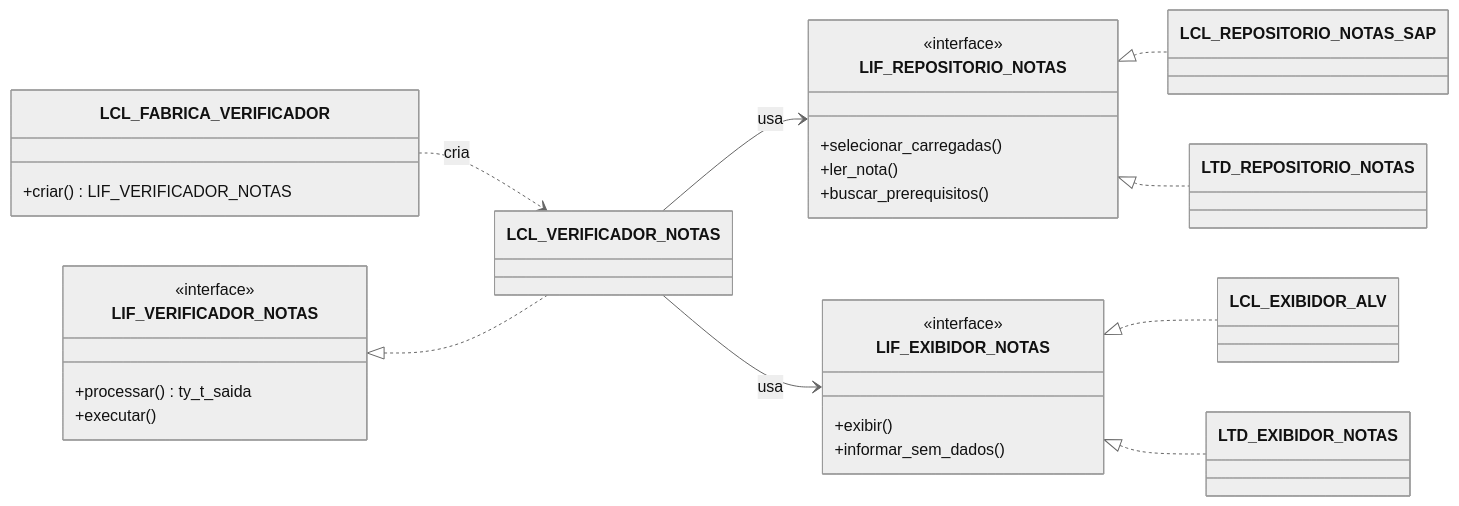
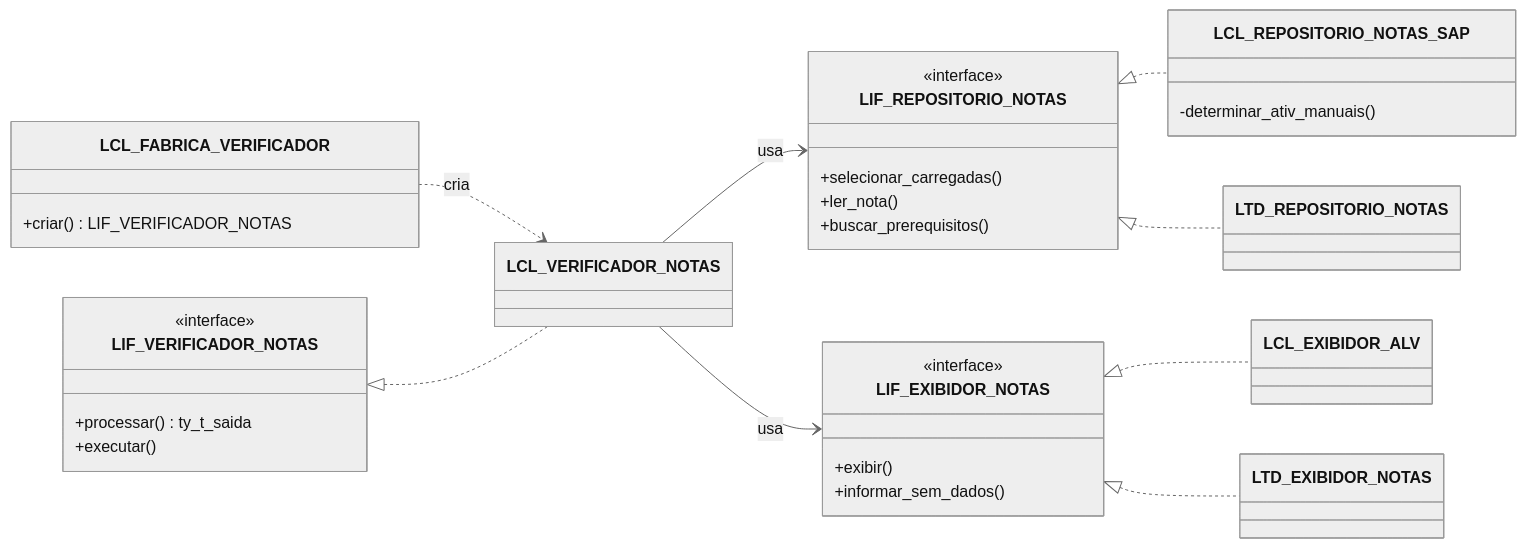
One commit to JoaoFerrareis02/Projeto-Verificador-Notas-SAP changed the first of 3 diagrams in README.md. Above: the diagram before and after it, drawn with Mermaid (neutral theme). The commit also changed other lines of this file, not shown here.

````diff
--- a/README.md
+++ b/README.md
@@ -58,31 +63,34 @@
 ```mermaid
 classDiagram
     direction LR
     class LCL_FABRICA_VERIFICADOR {
         +criar() LIF_VERIFICADOR_NOTAS
     }
     class LIF_VERIFICADOR_NOTAS {
         <<interface>>
         +processar() ty_t_saida
         +executar()
     }
     class LIF_REPOSITORIO_NOTAS {
         <<interface>>
         +selecionar_carregadas()
         +ler_nota()
         +buscar_prerequisitos()
     }
     class LIF_EXIBIDOR_NOTAS {
         <<interface>>
         +exibir()
         +informar_sem_dados()
     }
+    class LCL_REPOSITORIO_NOTAS_SAP {
+        -determinar_ativ_manuais()
+    }
     LCL_FABRICA_VERIFICADOR ..> LCL_VERIFICADOR_NOTAS : cria
     LIF_VERIFICADOR_NOTAS <|.. LCL_VERIFICADOR_NOTAS
     LCL_VERIFICADOR_NOTAS --> LIF_REPOSITORIO_NOTAS : usa
     LCL_VERIFICADOR_NOTAS --> LIF_EXIBIDOR_NOTAS : usa
     LIF_REPOSITORIO_NOTAS <|.. LCL_REPOSITORIO_NOTAS_SAP
     LIF_REPOSITORIO_NOTAS <|.. LTD_REPOSITORIO_NOTAS
     LIF_EXIBIDOR_NOTAS <|.. LCL_EXIBIDOR_ALV
     LIF_EXIBIDOR_NOTAS <|.. LTD_EXIBIDOR_NOTAS
 ```
````
